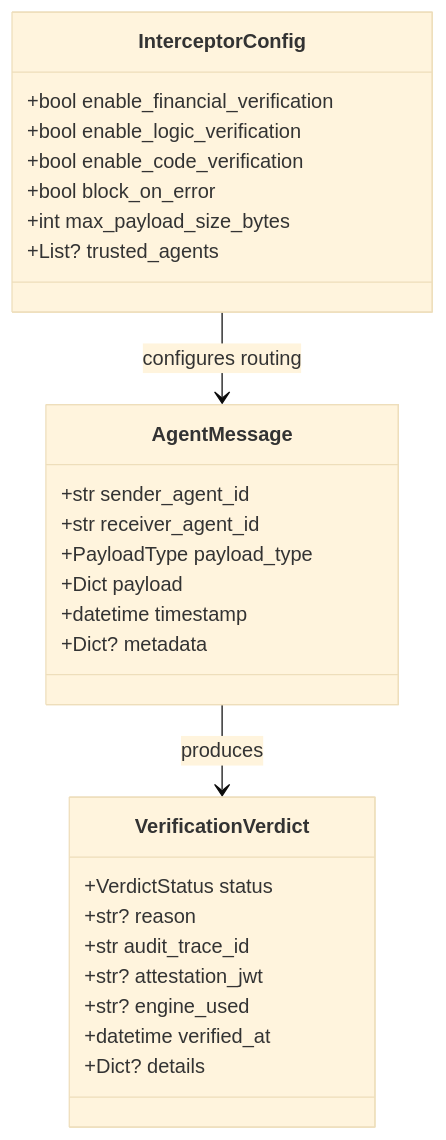
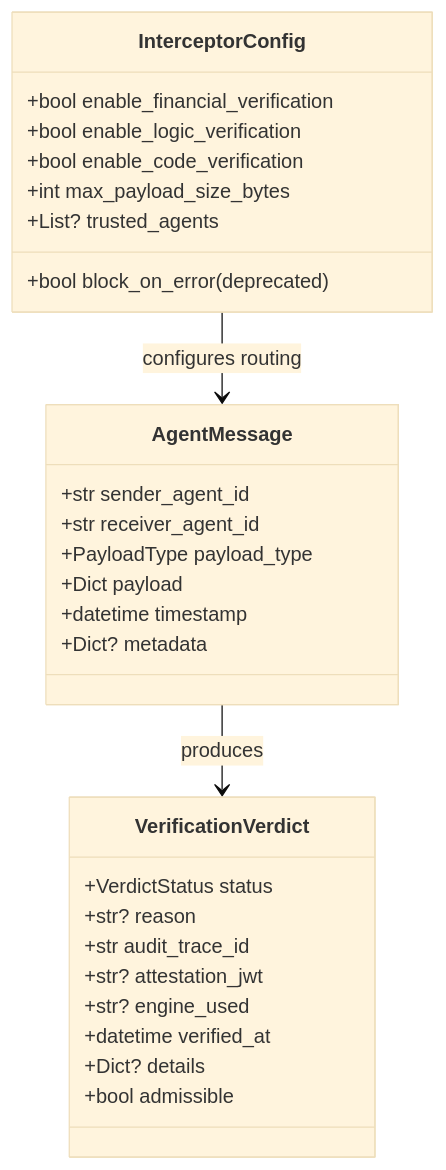
One commit to QWED-AI/docs changed the fifth of 5 diagrams in a2a/architecture.mdx. Above: the diagram before and after it, drawn with Mermaid (base theme). The commit also changed other lines of this file and 6 other files, not shown here.

````diff
--- a/a2a/architecture.mdx
+++ b/a2a/architecture.mdx
@@ -163,33 +170,34 @@
 ```mermaid
 classDiagram
     class AgentMessage {
         +str sender_agent_id
         +str receiver_agent_id
         +PayloadType payload_type
         +Dict payload
         +datetime timestamp
         +Dict? metadata
     }
 
     class VerificationVerdict {
         +VerdictStatus status
         +str? reason
         +str audit_trace_id
         +str? attestation_jwt
         +str? engine_used
         +datetime verified_at
         +Dict? details
+        +bool admissible
     }
 
     class InterceptorConfig {
         +bool enable_financial_verification
         +bool enable_logic_verification
         +bool enable_code_verification
-        +bool block_on_error
+        +bool block_on_error (deprecated)
         +int max_payload_size_bytes
         +List? trusted_agents
     }
 
     AgentMessage --> VerificationVerdict : produces
     InterceptorConfig --> AgentMessage : configures routing
 ```
````
